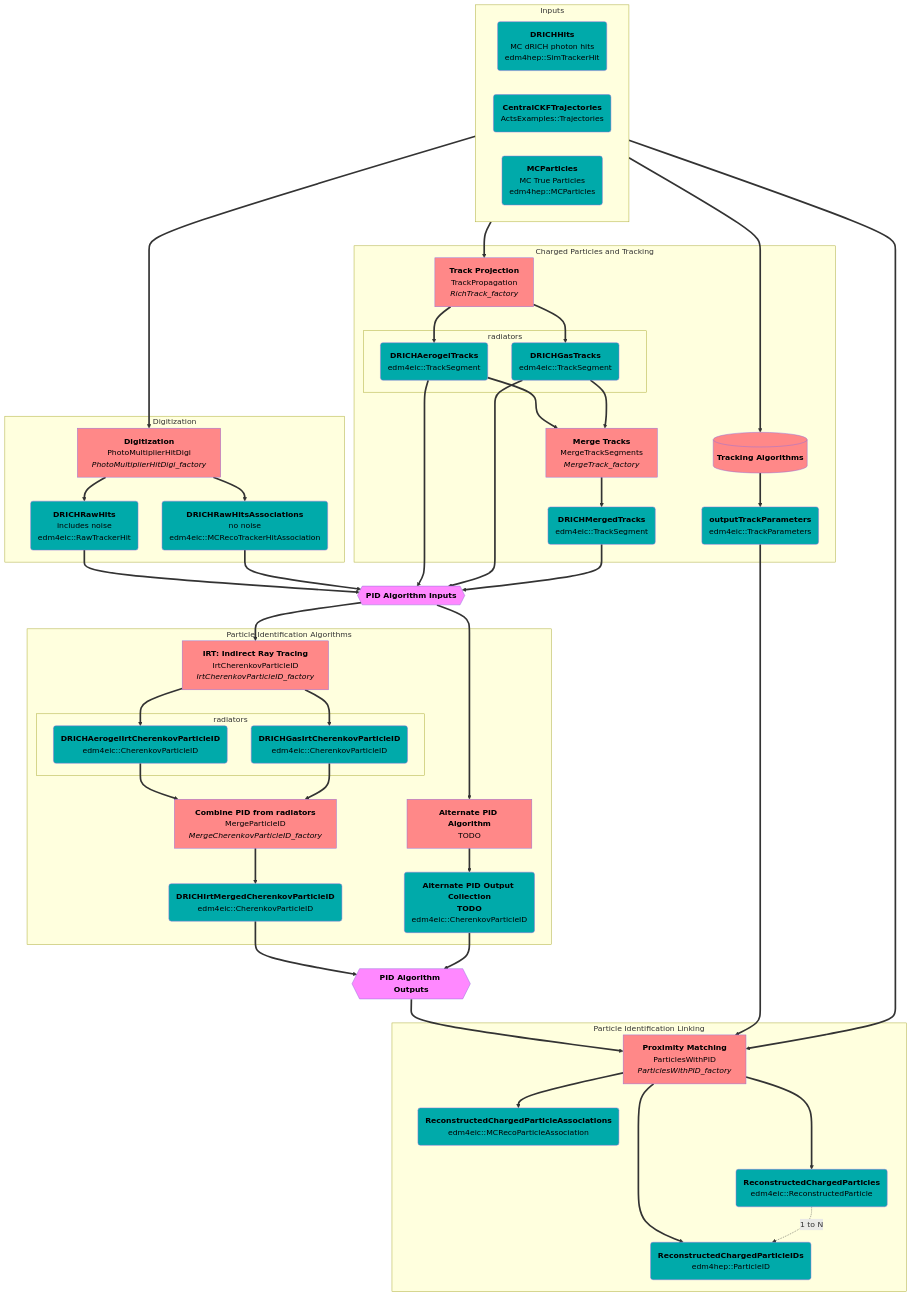
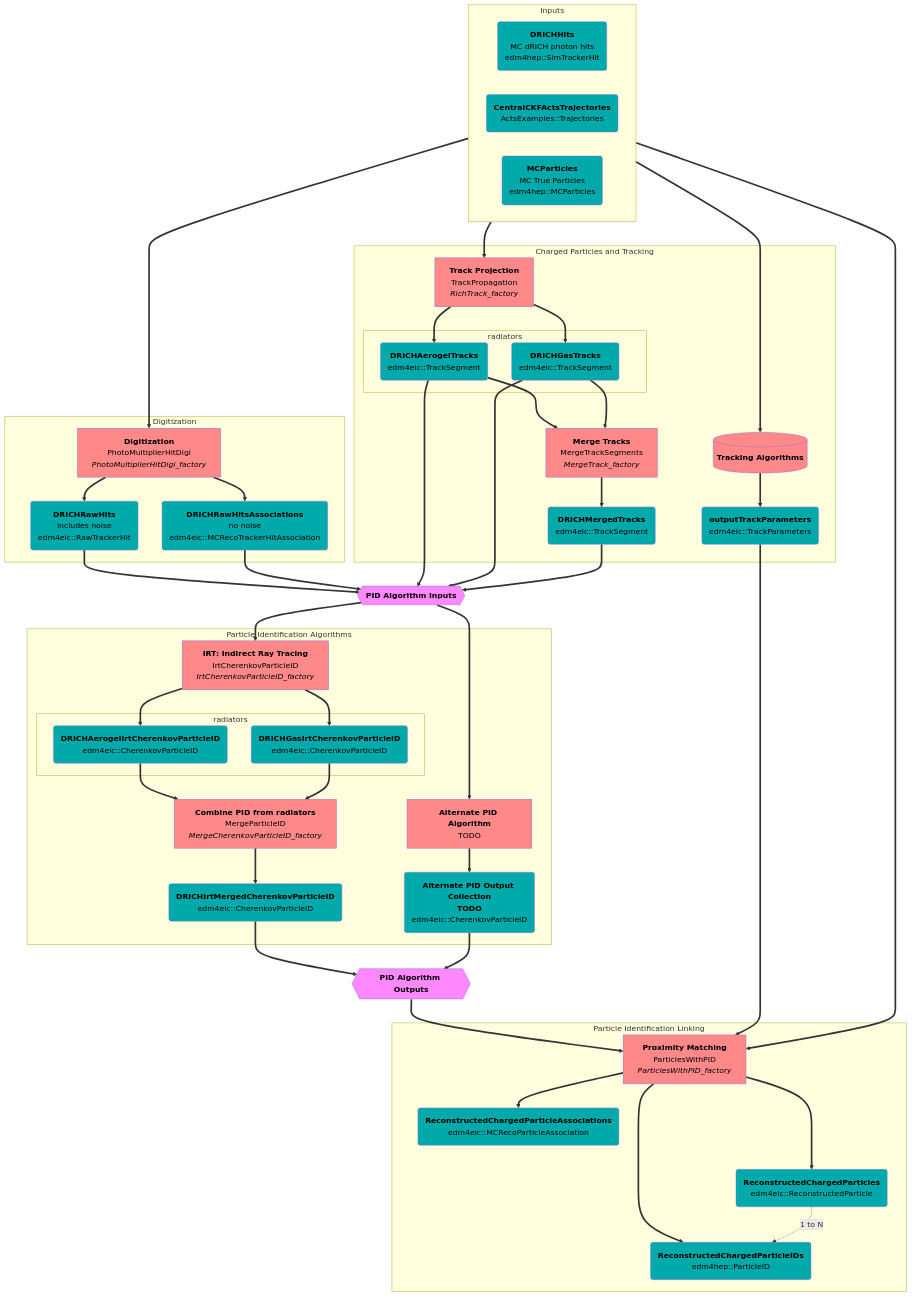
The second of 5 diagrams in src/detectors/DRICH/README.md (eic/EICrecon), drawn with Mermaid before and after one commit. The commit also changed 1 other file, not shown here.

Commit message:
test(dRICH): `CentralCKFTrajectories` -> `CentralCKFActsTrajectories`

```diff
--- a/src/detectors/DRICH/README.md
+++ b/src/detectors/DRICH/README.md
@@ -30,7 +30,7 @@
   subgraph Inputs
     direction LR
     SimHits(<strong>DRICHHits</strong><br/>MC dRICH photon hits<br/>edm4hep::SimTrackerHit):::col
-    Trajectories(<strong>CentralCKFTrajectories</strong><br/>ActsExamples::Trajectories):::col
+    Trajectories(<strong>CentralCKFActsTrajectories</strong><br/>ActsExamples::Trajectories):::col
     MCParts(<strong>MCParticles</strong><br/>MC True Particles<br/>edm4hep::MCParticles):::col
   end
 
```
